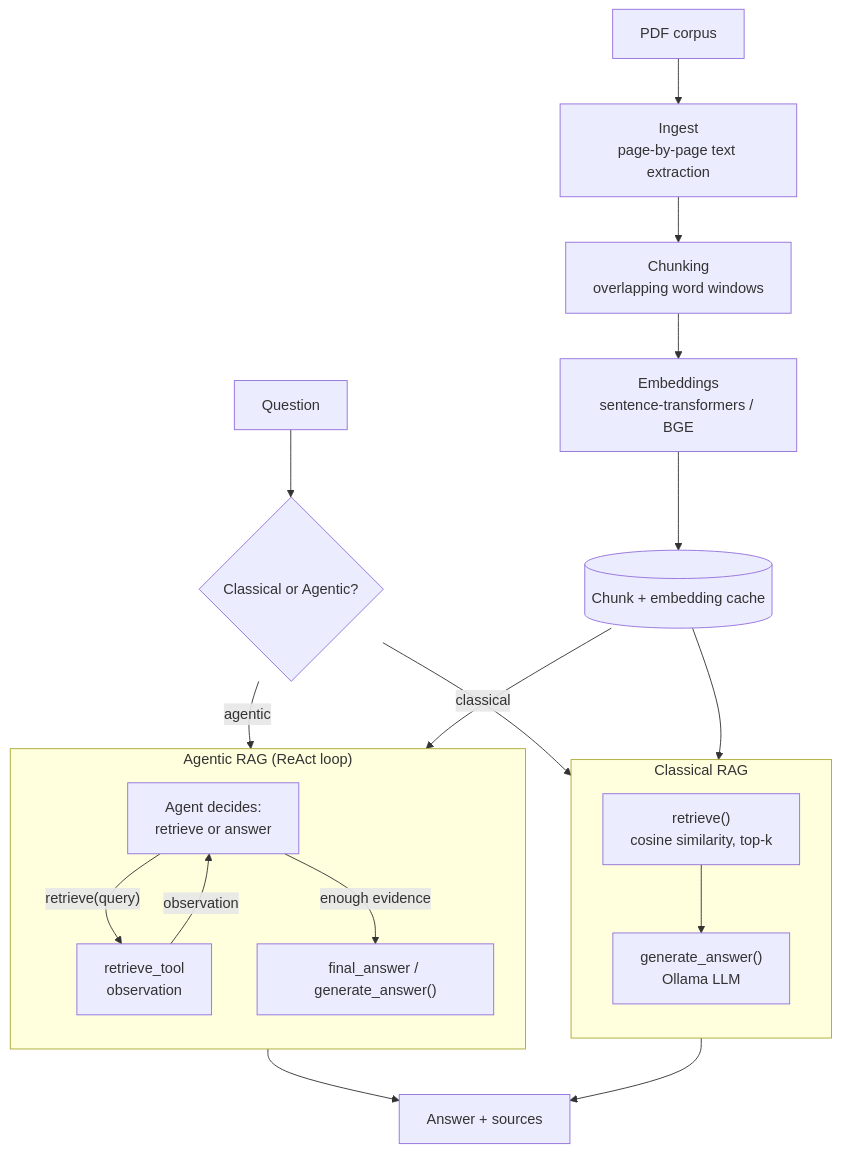
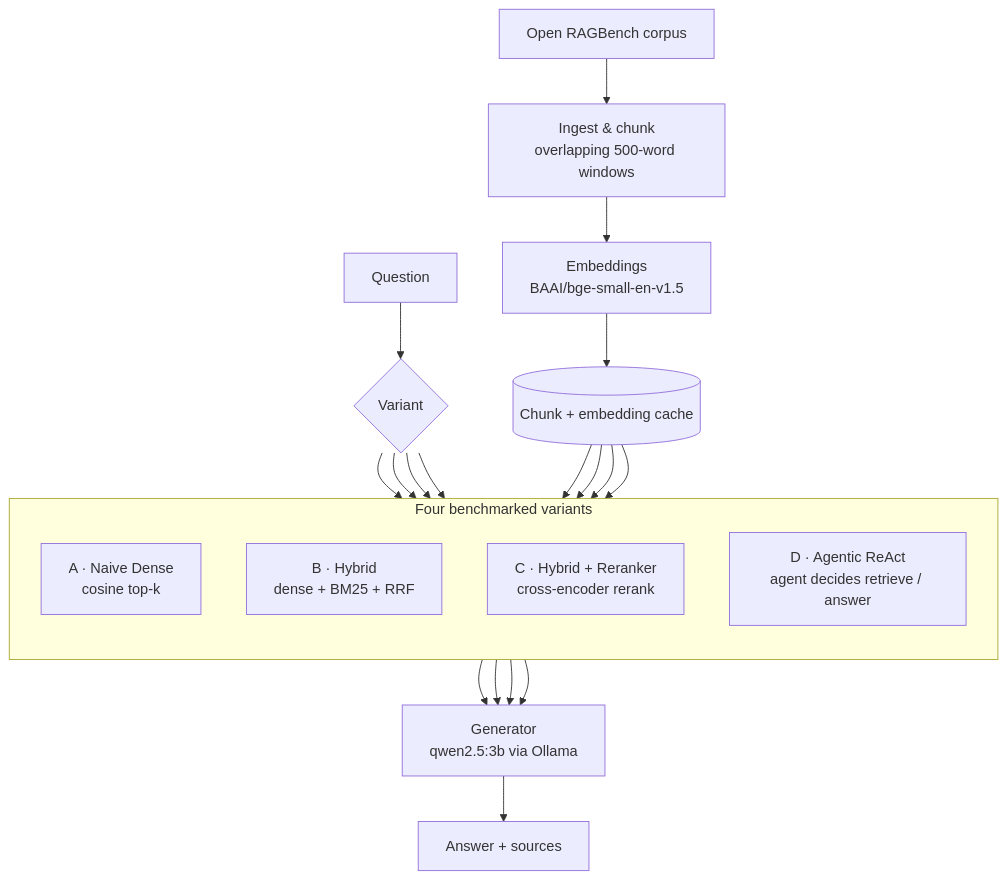
The diagram in projects/rag-system/README.md (ImmoP/AI-Projects), drawn with Mermaid before and after one commit. The commit also changed other lines of this file, not shown here.

Commit message:
docs: update RAG benchmark results

````diff
--- a/projects/rag-system/README.md
+++ b/projects/rag-system/README.md
@@ -14,33 +19,27 @@
 ```mermaid
 flowchart TD
-    A[PDF corpus] --> B["Ingest<br/>page-by-page text extraction"]
-    B --> C["Chunking<br/>overlapping word windows"]
-    C --> D["Embeddings<br/>sentence-transformers / BGE"]
-    D --> E[("Chunk + embedding cache")]
-
-    F[Question] --> G{Classical or Agentic?}
-
-    subgraph CLASSICAL["Classical RAG"]
+    A[Open RAGBench corpus] --> B["Ingest &amp; chunk<br/>overlapping 500-word windows"]
+    B --> C["Embeddings<br/>BAAI/bge-small-en-v1.5"]
+    C --> D[("Chunk + embedding cache")]
+    F[Question] --> G{Variant}
+    subgraph VARIANTS["Four benchmarked variants"]
         direction TB
-        H["retrieve()<br/>cosine similarity, top-k"]
-        I["generate_answer()<br/>Ollama LLM"]
-        H --> I
+        H["A · Naive Dense<br/>cosine top-k"]
+        I["B · Hybrid<br/>dense + BM25 + RRF"]
+        J["C · Hybrid + Reranker<br/>cross-encoder rerank"]
+        K["D · Agentic ReAct<br/>agent decides retrieve / answer"]
     end
-
-    subgraph AGENTIC["Agentic RAG (ReAct loop)"]
-        direction TB
-        J["Agent decides:<br/>retrieve or answer"]
-        K["retrieve_tool<br/>observation"]
-        L["final_answer / generate_answer()"]
-        J -- "retrieve(query)" --> K
-        K -- observation --> J
-        J -- "enough evidence" --> L
-    end
-
-    G -- classical --> H
-    G -- agentic --> J
-    E --> H
-    E --> K
-    I --> M[Answer + sources]
-    L --> M
+    G --> H
+    G --> I
+    G --> J
+    G --> K
+    D --> H
+    D --> I
+    D --> J
+    D --> K
+    H --> M["Generator<br/>qwen2.5:3b via Ollama"]
+    I --> M
+    J --> M
+    K --> M
+    M --> N[Answer + sources]
 ```
````
